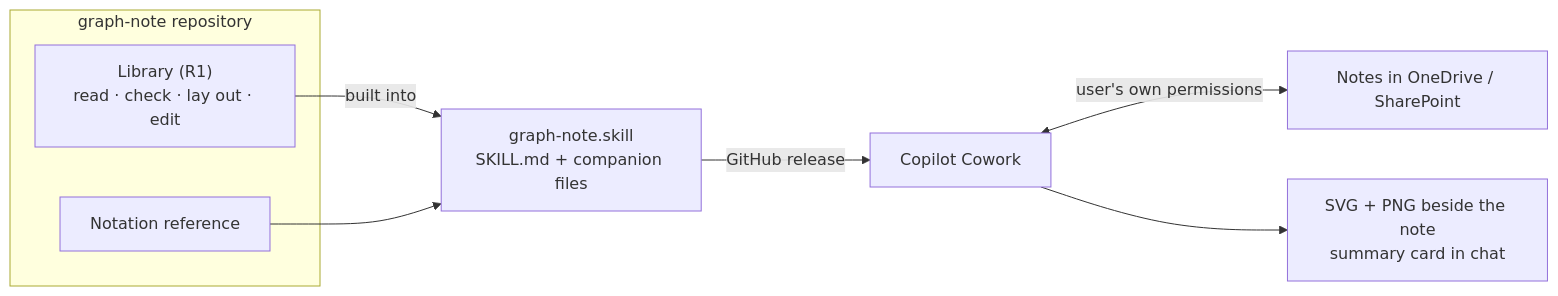
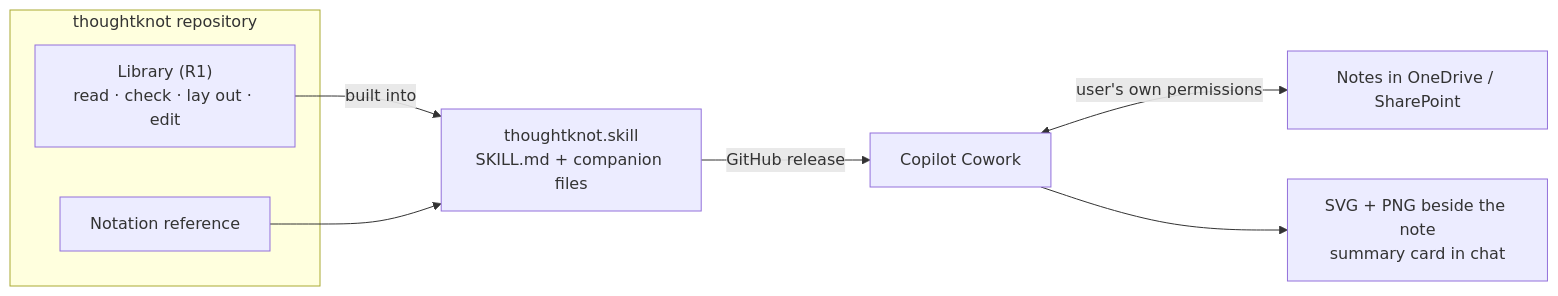
Before and after one commit to rogerbucks/graph-note: the diagram in wiki/Copilot-Cowork-skill-design.md, drawn with Mermaid. The commit also changed other lines of this file and 431 other files, not shown here.

First line of the commit message:
Rename the product from Graph Note to Thoughtknot

````diff
--- a/wiki/Copilot-Cowork-skill-design.md
+++ b/wiki/Copilot-Cowork-skill-design.md
@@ -32,12 +32,12 @@
 ```mermaid
 flowchart LR
-  subgraph Repo["graph-note repository"]
+  subgraph Repo["thoughtknot repository"]
     Lib["Library (R1)<br/>read · check · lay out · edit"]
     Ref["Notation reference"]
   end
-  Lib -->|"built into"| Pkg["graph-note.skill<br/>SKILL.md + companion files"]
+  Lib -->|"built into"| Pkg["thoughtknot.skill<br/>SKILL.md + companion files"]
   Ref --> Pkg
   Pkg -->|"GitHub release"| CW["Copilot Cowork"]
   CW <-->|"user's own permissions"| OD["Notes in OneDrive / SharePoint"]
   CW --> Out["SVG + PNG beside the note<br/>summary card in chat"]
 ```
````
